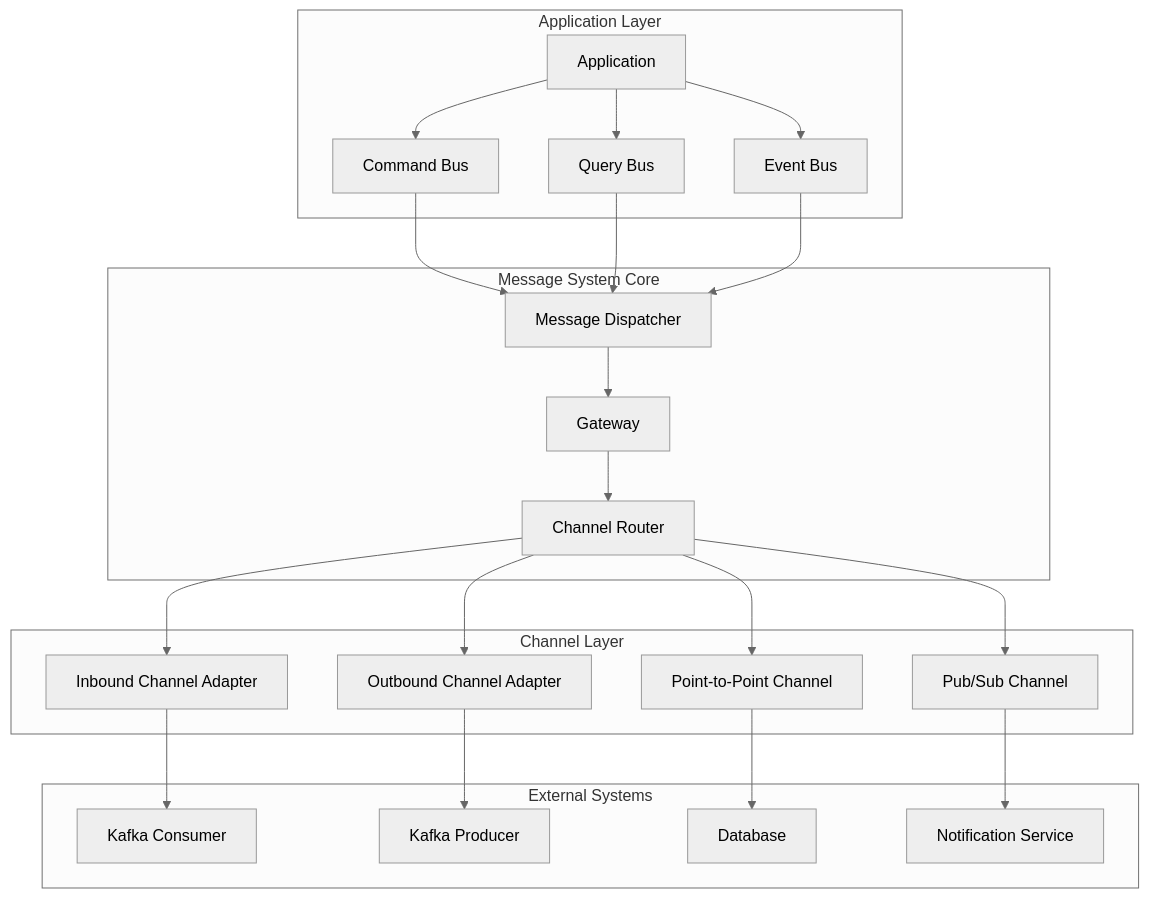
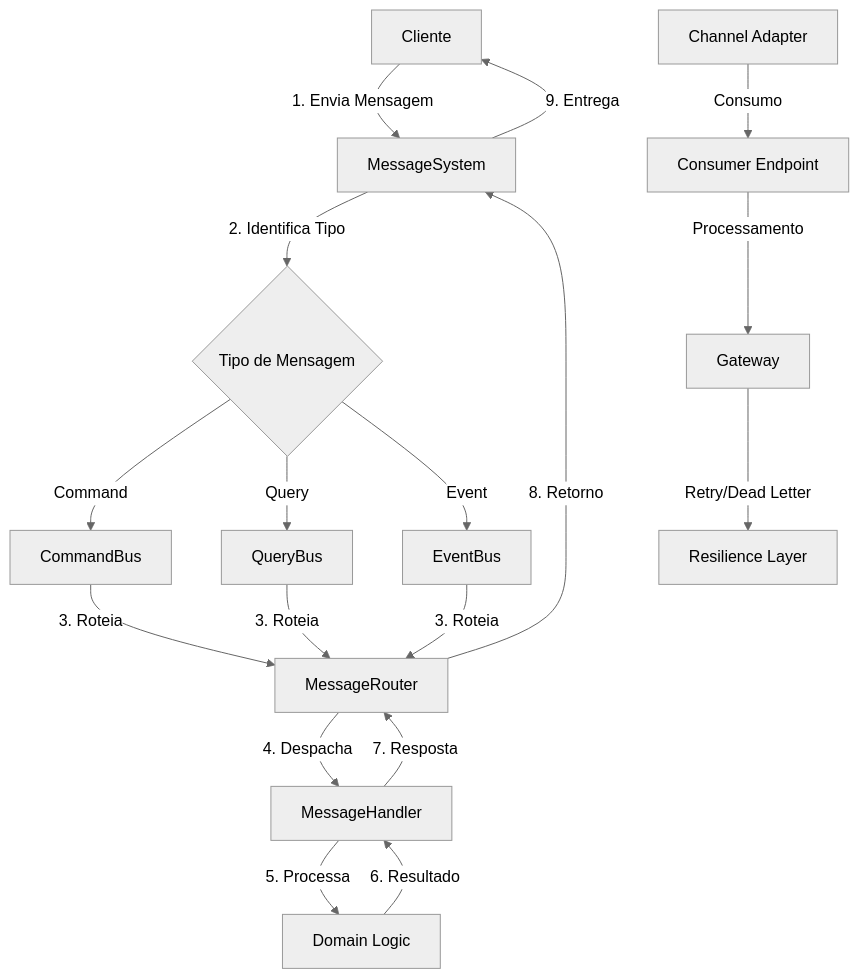
One commit to JeffersonBrasilino/hex-api-go changed the first of 8 diagrams in README.md. Above: the diagram before and after it, drawn with Mermaid (neutral theme). The commit also changed other lines of this file and 506 other files, not shown here.

````diff
--- a/README.md
+++ b/README.md
@@ -64,30 +237,23 @@
 ```mermaid
-graph TB
-    subgraph "Application Layer"
-        A[Application] --> B[Command Bus]
-        A --> C[Query Bus]
-        A --> D[Event Bus]
-    end
+flowchart TD
+    A[Cliente] -->|1. Envia Mensagem| B[MessageSystem]
+    B -->|2. Identifica Tipo| C{Tipo de Mensagem}
+    C -->|Command| D[CommandBus]
+    C -->|Query| E[QueryBus]
+    C -->|Event| F[EventBus]
 
-    subgraph "Message System Core"
-        B --> E[Message Dispatcher]
-        C --> E
-        D --> E
-        E --> F[Gateway]
-        F --> G[Channel Router]
-    end
+    D -->|3. Roteia| G[MessageRouter]
+    E -->|3. Roteia| G
+    F -->|3. Roteia| G
 
-    subgraph "Channel Layer"
-        G --> H[Point-to-Point Channel]
-        G --> I[Pub/Sub Channel]
-        G --> J[Inbound Channel Adapter]
-        G --> K[Outbound Channel Adapter]
-    end
+    G -->|4. Despacha| H[MessageHandler]
+    H -->|5. Processa| I[Domain Logic]
+    I -->|6. Resultado| H
+    H -->|7. Resposta| G
+    G -->|8. Retorno| B
+    B -->|9. Entrega| A
 
-    subgraph "External Systems"
-        J --> L[Kafka Consumer]
-        K --> M[Kafka Producer]
-        H --> N[Database]
-        I --> O[Notification Service]
-    end
+    J[Channel Adapter] -->|Consumo| K[Consumer Endpoint]
+    K -->|Processamento| L[Gateway]
+    L -->|Retry/Dead Letter| M[Resilience Layer]
 ```
````
